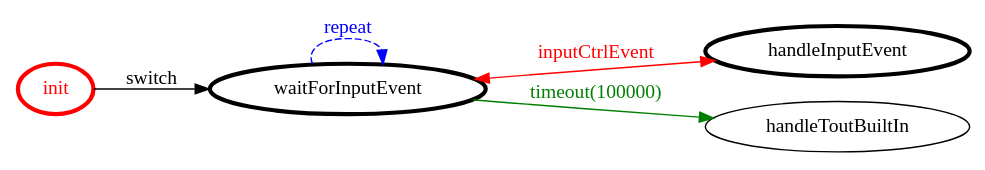
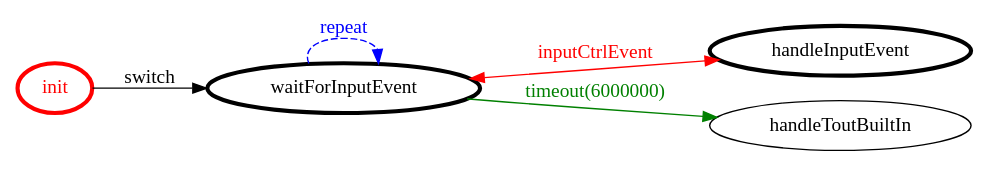
Before and after one commit to MatteoMendula/iss2018Lab: the diagram in it.unibo.bls17.naive.qa/bin/it/unibo/mvccontroller/mvccontroller.gv, drawn with Graphviz. The commit also changed 232 other files, not shown here.

```diff
--- a/it.unibo.bls17.naive.qa/bin/it/unibo/mvccontroller/mvccontroller.gv
+++ b/it.unibo.bls17.naive.qa/bin/it/unibo/mvccontroller/mvccontroller.gv
@@ -1,20 +1,20 @@
 /*
 *
 * A GraphViz DOT FSM description 
 * Please use a GraphViz visualizer (like http://www.webgraphviz.com)
 *  
 */
 
 digraph finite_state_machine {
 	rankdir=LR
 	size="8,5"
 	
 	init [ color = red ][ fontcolor = red ][ penwidth = 3 ]
 	handleInputEvent [ color = black ][ fontcolor = black ][ penwidth = 3 ]
 	waitForInputEvent [ color = black ][ fontcolor = black ][ penwidth = 3 ]
 	
 	waitForInputEvent -> handleInputEvent [ label = "inputCtrlEvent" ][ color = red ][ fontcolor = red ][ dir = both ]
+	waitForInputEvent -> handleToutBuiltIn [ label = "timeout(6000000)" ][ color = green ][ fontcolor = green ]
 	init -> waitForInputEvent [ label = "switch" ][ color = black ][ fontcolor = black ]
-	waitForInputEvent -> handleToutBuiltIn [ label = "timeout(100000)" ][ color = green ][ fontcolor = green ]
 	waitForInputEvent -> waitForInputEvent [ label = "repeat "][ style = dashed ][ color = blue ][ fontcolor = blue ]
 }
```
